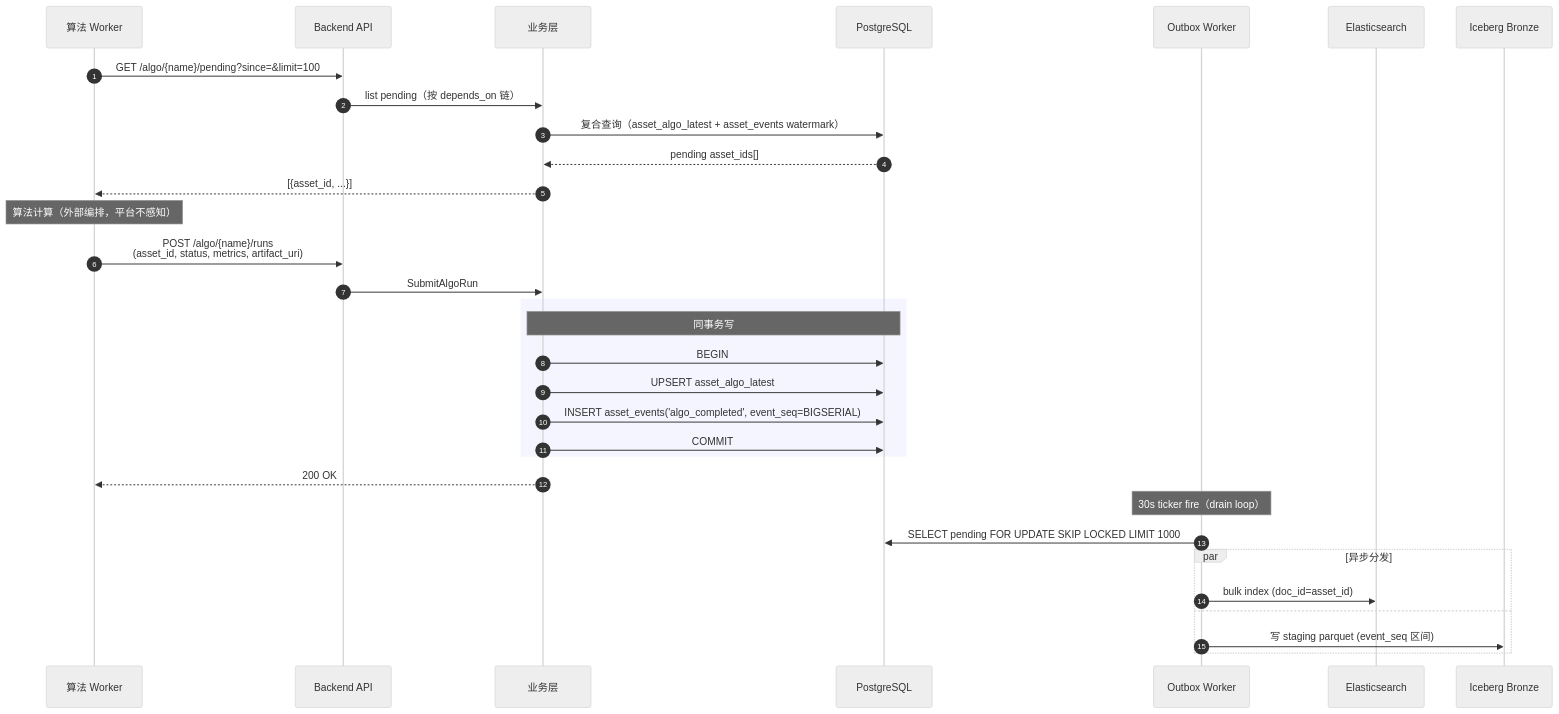
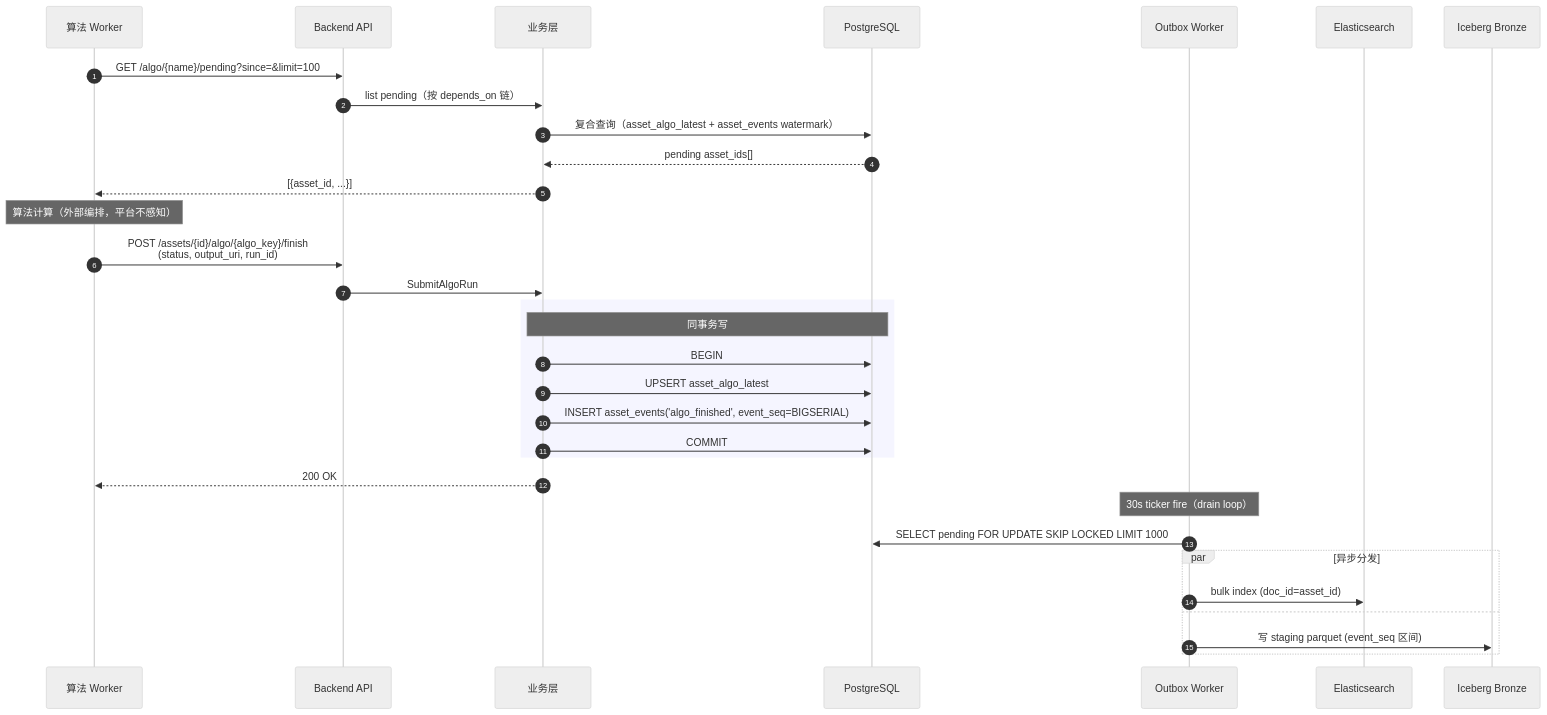
One commit to rouse2617/Databricks4robot changed diagram 15 of 24 in docs/review/data-platform-design.md. Above: the diagram before and after it, drawn with Mermaid (neutral theme). The commit also changed other lines of this file and 6 other files, not shown here.

````diff
--- a/docs/review/data-platform-design.md
+++ b/docs/review/data-platform-design.md
@@ -1373,40 +1375,40 @@
 ```mermaid
 sequenceDiagram
     autonumber
     participant W as 算法 Worker
     participant API as Backend API
     participant UC as 业务层
     participant PG as PostgreSQL
     participant Out as Outbox Worker
     participant ES as Elasticsearch
     participant Lake as Iceberg Bronze
 
     W->>API: GET /algo/{name}/pending?since=&limit=100
     API->>UC: list pending（按 depends_on 链）
     UC->>PG: 复合查询（asset_algo_latest + asset_events watermark）
     PG-->>UC: pending asset_ids[]
     UC-->>W: [{asset_id, ...}]
 
     Note over W: 算法计算（外部编排，平台不感知）
 
-    W->>API: POST /algo/{name}/runs<br>(asset_id, status, metrics, artifact_uri)
+    W->>API: POST /assets/{id}/algo/{algo_key}/finish<br>(status, output_uri, run_id)
     API->>UC: SubmitAlgoRun
 
     rect rgb(245,245,255)
     Note over UC,PG: 同事务写
     UC->>PG: BEGIN
     UC->>PG: UPSERT asset_algo_latest
-    UC->>PG: INSERT asset_events('algo_completed', event_seq=BIGSERIAL)
+    UC->>PG: INSERT asset_events('algo_finished', event_seq=BIGSERIAL)
     UC->>PG: COMMIT
     end
 
     UC-->>W: 200 OK
 
     Note over Out: 30s ticker fire（drain loop）
     Out->>PG: SELECT pending FOR UPDATE SKIP LOCKED LIMIT 1000
     par 异步分发
         Out->>ES: bulk index (doc_id=asset_id)
     and
         Out->>Lake: 写 staging parquet (event_seq 区间)
     end
 ```
````
